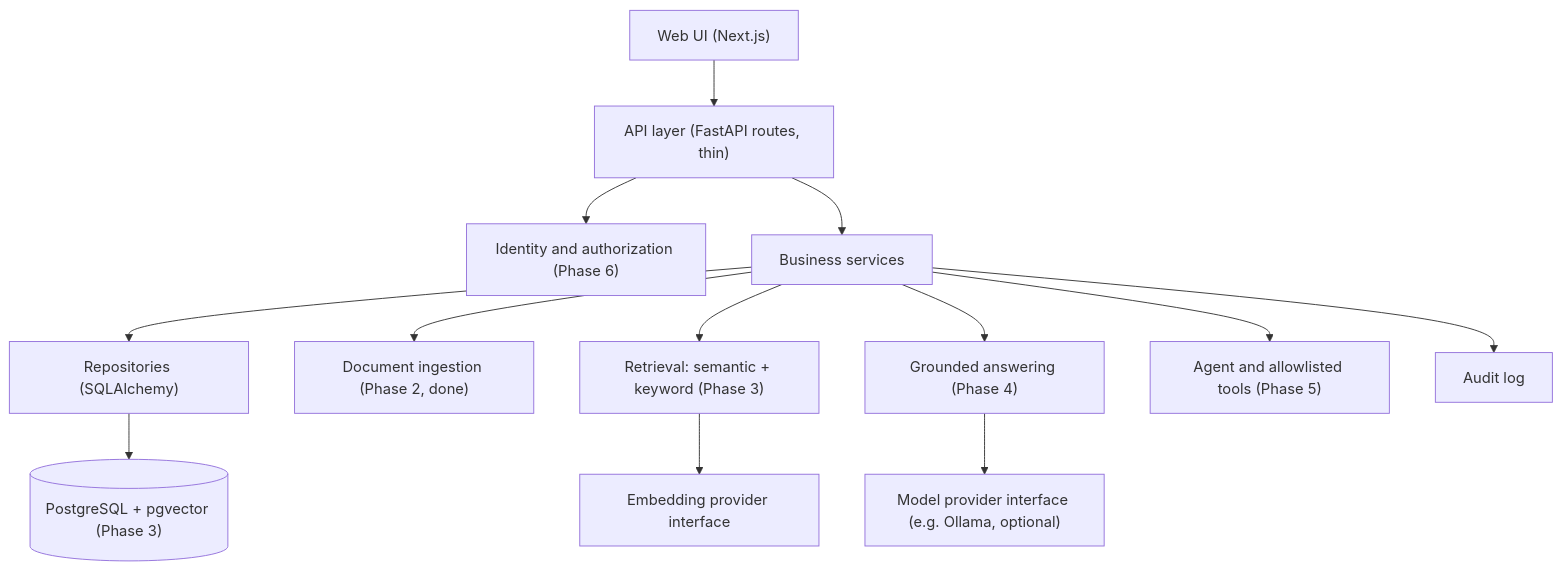
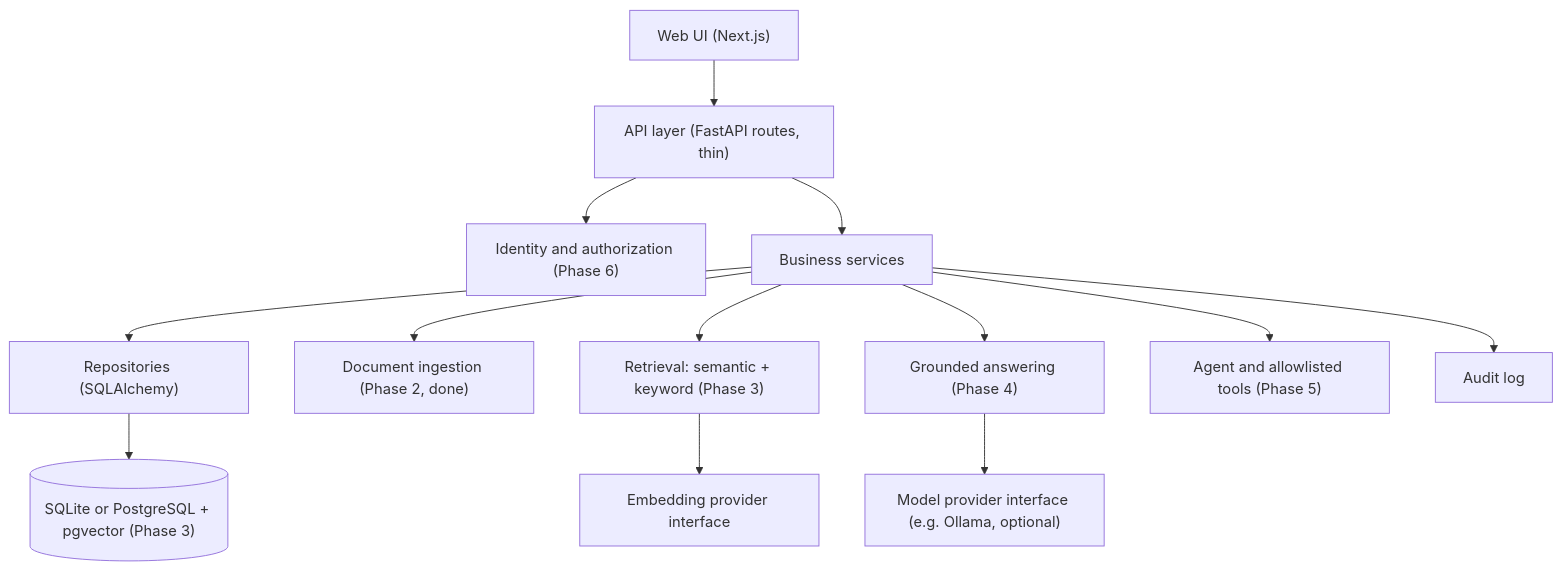
The second of 2 diagrams in docs/HLD.md (CodeWithShivram/EASA), drawn with Mermaid before and after one commit. The commit also changed other lines of this file and 35 other files, not shown here.

First line of the commit message:
feat(api): add PostgreSQL + pgvector backend (P3-M4)

````diff
--- a/docs/HLD.md
+++ b/docs/HLD.md
@@ -56,15 +56,15 @@
 ```mermaid
 flowchart TB
     web["Web UI (Next.js)"] --> api["API layer (FastAPI routes, thin)"]
     api --> auth["Identity and authorization (Phase 6)"]
     api --> services["Business services"]
     services --> repos["Repositories (SQLAlchemy)"]
     services --> ingest["Document ingestion (Phase 2, done)"]
     services --> retrieval["Retrieval: semantic + keyword (Phase 3)"]
     services --> rag["Grounded answering (Phase 4)"]
     services --> agent["Agent and allowlisted tools (Phase 5)"]
     retrieval --> embed["Embedding provider interface"]
     rag --> model["Model provider interface (e.g. Ollama, optional)"]
-    repos --> pg[("PostgreSQL + pgvector (Phase 3)")]
+    repos --> pg[("SQLite or PostgreSQL + pgvector (Phase 3)")]
     services --> audit["Audit log"]
 ```
````
